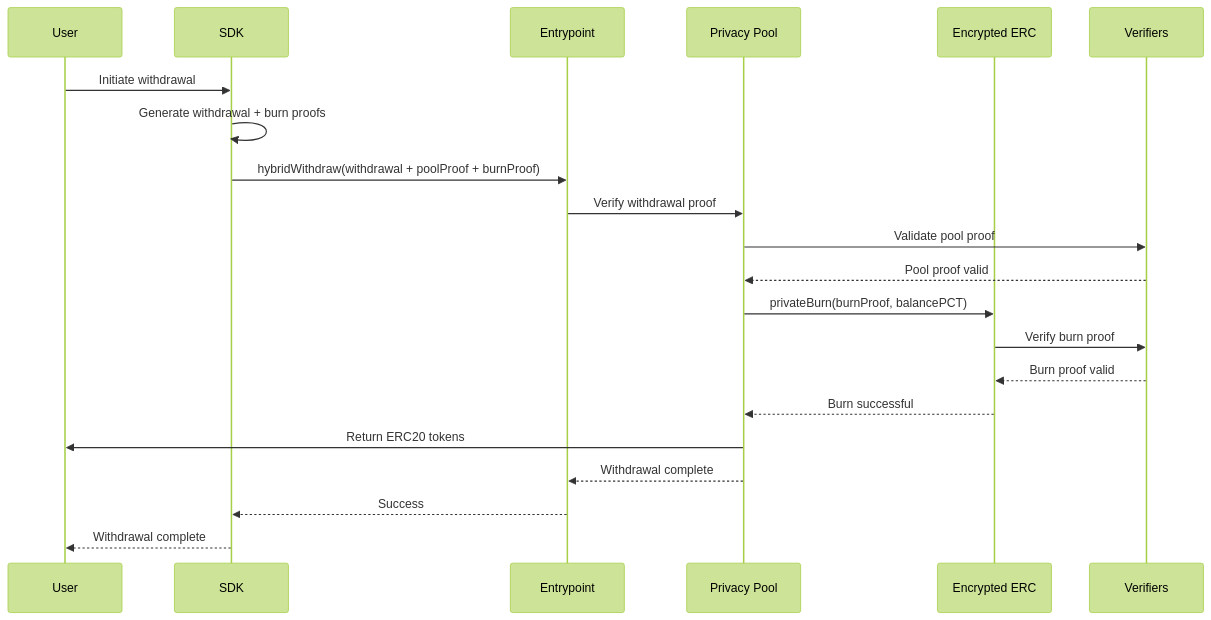
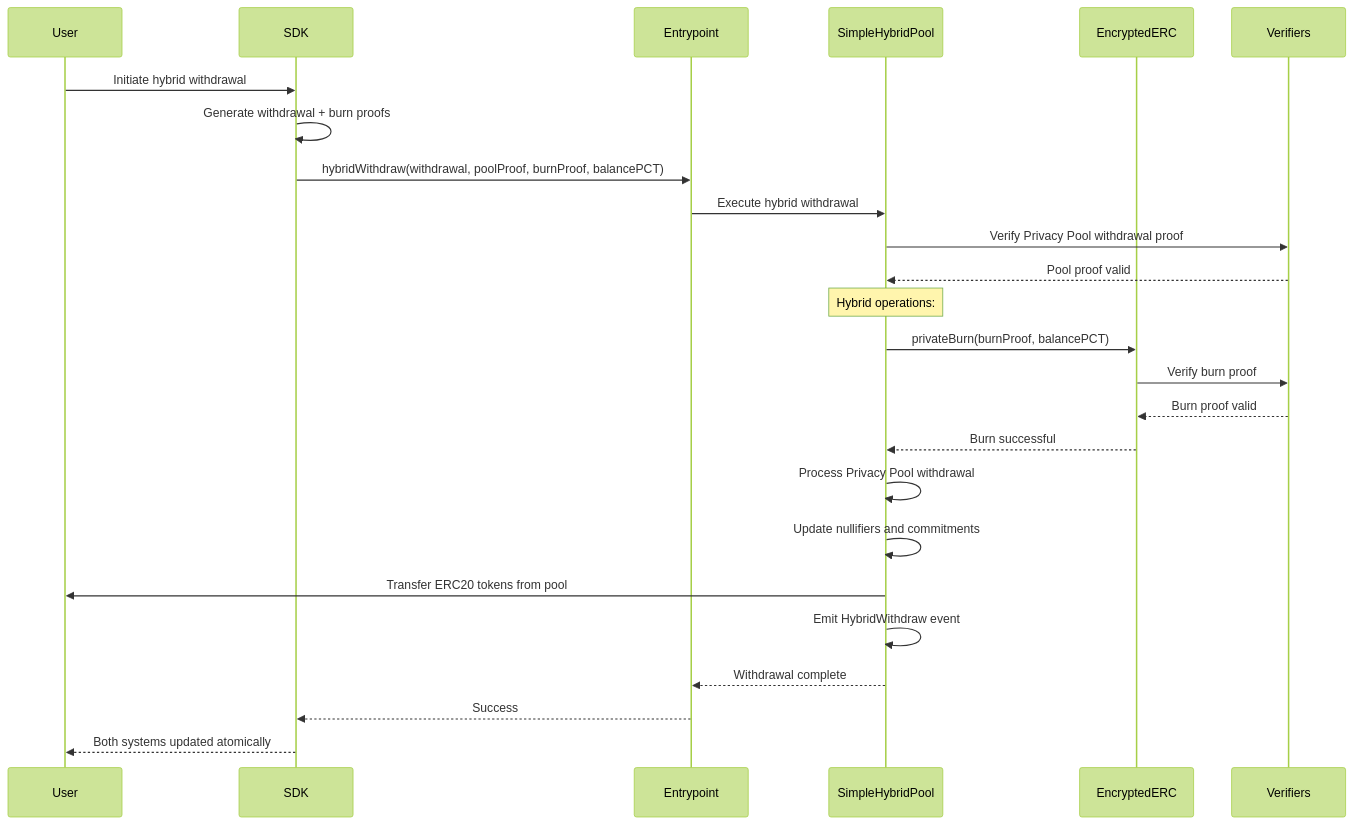
One commit to Lunaris-protocol/lunaris-private-pools changed the third of 3 diagrams in README.md. Above: the diagram before and after it, drawn with Mermaid (forest theme). The commit also changed other lines of this file and 10 other files, not shown here.

````diff
--- a/README.md
+++ b/README.md
@@ -193,24 +194,28 @@
 ```mermaid
 sequenceDiagram
     participant U as User
     participant S as SDK
     participant E as Entrypoint
-    participant P as Privacy Pool
-    participant EERC as Encrypted ERC
+    participant HP as SimpleHybridPool
+    participant EERC as EncryptedERC
     participant V as Verifiers
 
-    U->>S: Initiate withdrawal
+    U->>S: Initiate hybrid withdrawal
     S->>S: Generate withdrawal + burn proofs
-    S->>E: hybridWithdraw(withdrawal + poolProof + burnProof)
-    E->>P: Verify withdrawal proof
-    P->>V: Validate pool proof
-    V-->>P: Pool proof valid
-    P->>EERC: privateBurn(burnProof, balancePCT)
+    S->>E: hybridWithdraw(withdrawal, poolProof, burnProof, balancePCT)
+    E->>HP: Execute hybrid withdrawal
+    HP->>V: Verify Privacy Pool withdrawal proof
+    V-->>HP: Pool proof valid
+    Note over HP: Hybrid operations:
+    HP->>EERC: privateBurn(burnProof, balancePCT)
     EERC->>V: Verify burn proof
     V-->>EERC: Burn proof valid
-    EERC-->>P: Burn successful
-    P->>U: Return ERC20 tokens
-    P-->>E: Withdrawal complete
+    EERC-->>HP: Burn successful
+    HP->>HP: Process Privacy Pool withdrawal
+    HP->>HP: Update nullifiers and commitments
+    HP->>U: Transfer ERC20 tokens from pool
+    HP->>HP: Emit HybridWithdraw event
+    HP-->>E: Withdrawal complete
     E-->>S: Success
-    S-->>U: Withdrawal complete
+    S-->>U: Both systems updated atomically
 ```
````
